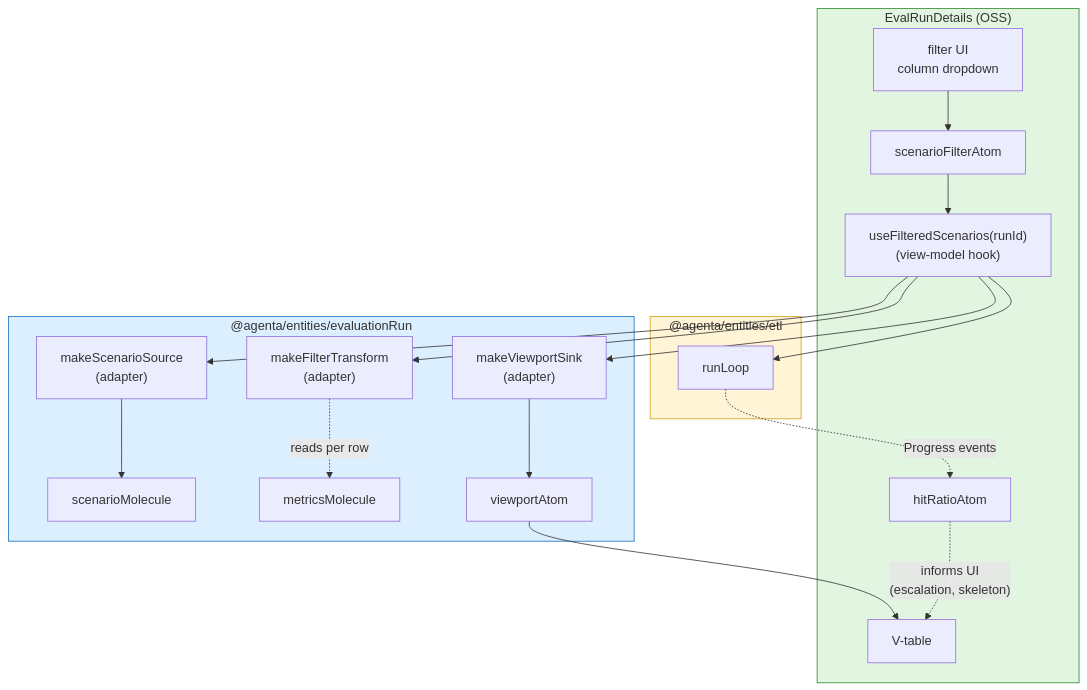
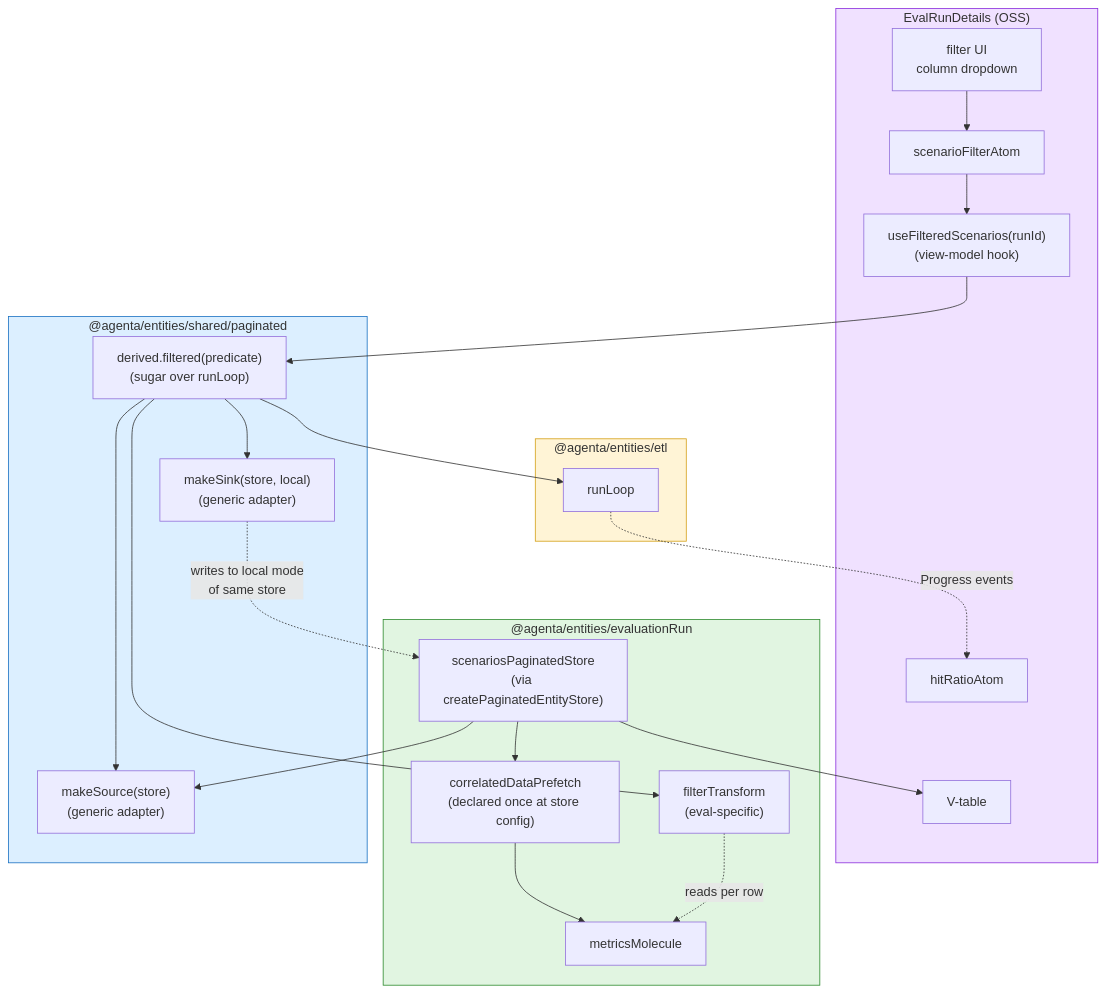
One commit to Agenta-AI/agenta changed the second of 3 diagrams in docs/designs/eval-etl-engine.md. Above: the diagram before and after it, drawn with Mermaid. The commit also changed other lines of this file and 3 other files, not shown here.

First line of the commit message:
docs(designs): split etl engine into general + eval consumer, add filter schema design

````diff
--- a/docs/designs/eval-etl-engine.md
+++ b/docs/designs/eval-etl-engine.md
@@ -536,40 +135,47 @@
 ```mermaid
 flowchart TB
     subgraph UI ["EvalRunDetails (OSS)"]
         FButton["filter UI<br/>column dropdown"]
         FAtom["scenarioFilterAtom"]
         Hook["useFilteredScenarios(runId)<br/>(view-model hook)"]
         VT["V-table"]
         HRAtom["hitRatioAtom"]
     end
 
     subgraph ER ["@agenta/entities/evaluationRun"]
-        SrcF["makeScenarioSource<br/>(adapter)"]
-        TxF["makeFilterTransform<br/>(adapter)"]
-        SnkF["makeViewportSink<br/>(adapter)"]
-        SMol["scenarioMolecule"]
+        Store["scenariosPaginatedStore<br/>(via createPaginatedEntityStore)"]
+        FilterTx["filterTransform<br/>(eval-specific)"]
         MMol["metricsMolecule"]
-        VAtom["viewportAtom"]
+        Prefetch["correlatedDataPrefetch<br/>(declared once at store config)"]
     end
 
-    subgraph ETL ["@agenta/entities/etl"]
+    subgraph Shared ["@agenta/entities/shared/paginated"]
+        Source["makeSource(store)<br/>(generic adapter)"]
+        Sink["makeSink(store, local)<br/>(generic adapter)"]
+        Derived["derived.filtered(predicate)<br/>(sugar over runLoop)"]
+    end
+
+    subgraph Engine ["@agenta/entities/etl"]
         Loop["runLoop"]
     end
 
     FButton --> FAtom
     FAtom --> Hook
-    Hook --> SrcF
-    Hook --> TxF
-    Hook --> SnkF
-    Hook --> Loop
-    SrcF --> SMol
-    TxF -. "reads per row" .-> MMol
-    SnkF --> VAtom
-    VAtom --> VT
+    Hook --> Derived
+    Derived --> Source
+    Derived --> FilterTx
+    Derived --> Sink
+    Derived --> Loop
+    Store --> Source
+    Store --> Prefetch
+    Prefetch --> MMol
+    FilterTx -. "reads per row" .-> MMol
+    Sink -. "writes to local mode<br/>of same store" .-> Store
+    Store --> VT
     Loop -. "Progress events" .-> HRAtom
-    HRAtom -. "informs UI<br/>(escalation, skeleton)" .-> VT
 
-    style ETL fill:#fff4d6,stroke:#d4a017
-    style ER fill:#dcefff,stroke:#1971c2
-    style UI fill:#e1f5e1,stroke:#2d8a2d
+    style Engine fill:#fff4d6,stroke:#d4a017
+    style Shared fill:#dcefff,stroke:#1971c2
+    style ER fill:#e1f5e1,stroke:#2d8a2d
+    style UI fill:#f0e1ff,stroke:#8a2ddc
 ```
````
